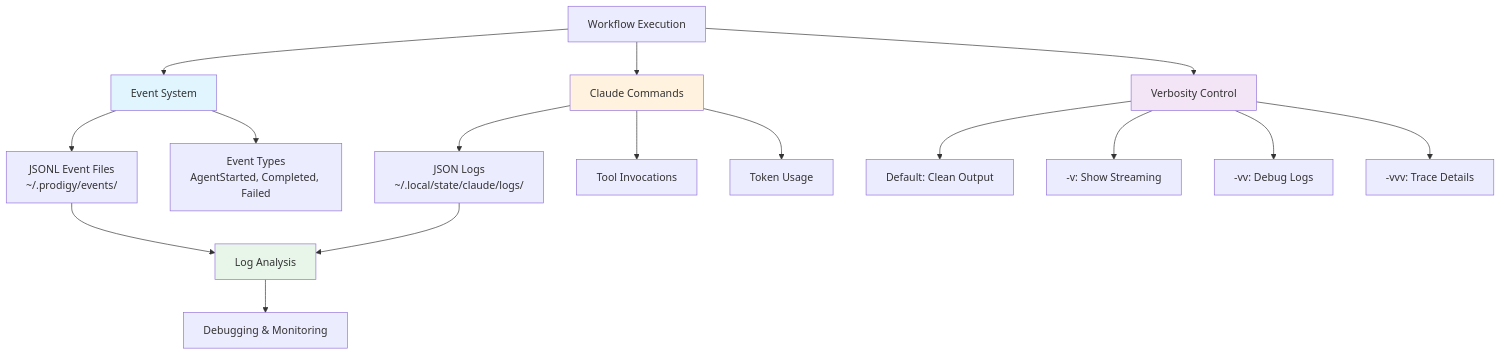
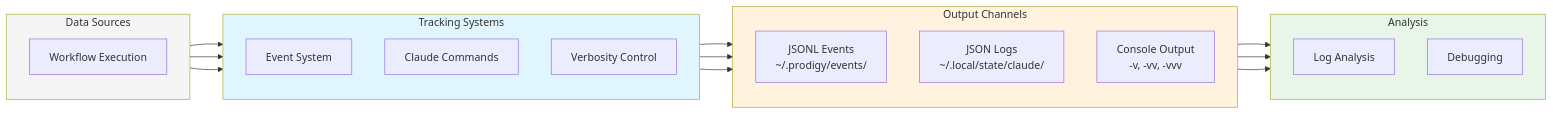
One commit to iepathos/prodigy changed the diagram in docs/advanced/observability/index.md. Above: the diagram before and after it, drawn with Mermaid. The commit also changed other lines of this file, not shown here.

Commit message:
docs: enhance Observability index with improved diagram and storage note
- Improved mermaid diagram layout using graph LR with subgraphs
- Removed HTML br tags, using proper multi-line syntax
- Added 'Log Storage' note admonition with storage locations
- Links to Log Management page for cleanup strategies

Page: docs/advanced/observability/index.md

````diff
--- a/docs/advanced/observability/index.md
+++ b/docs/advanced/observability/index.md
@@ -14,27 +14,47 @@
 ```mermaid
-graph TD
-    Workflow[Workflow Execution] --> Events[Event System]
-    Workflow --> Claude[Claude Commands]
-    Workflow --> Verbosity[Verbosity Control]
+graph LR
+    subgraph Sources["Data Sources"]
+        direction TB
+        Workflow[Workflow Execution]
+    end
 
-    Events --> JSONL[JSONL Event Files<br/>~/.prodigy/events/]
-    Events --> Types[Event Types<br/>AgentStarted, Completed, Failed]
+    subgraph Tracking["Tracking Systems"]
+        direction TB
+        Events[Event System]
+        Claude[Claude Commands]
+        Verbosity[Verbosity Control]
+    end
 
-    Claude --> JSONLog[JSON Logs<br/>~/.local/state/claude/logs/]
-    Claude --> Tools[Tool Invocations]
-    Claude --> Tokens[Token Usage]
+    subgraph Outputs["Output Channels"]
+        direction TB
+        JSONL["JSONL Events
+        ~/.prodigy/events/"]
+        JSONLog["JSON Logs
+        ~/.local/state/claude/"]
+        Console["Console Output
+        -v, -vv, -vvv"]
+    end
 
-    Verbosity --> Clean[Default: Clean Output]
-    Verbosity --> Verbose["-v: Show Streaming"]
-    Verbosity --> Debug["-vv: Debug Logs"]
-    Verbosity --> Trace["-vvv: Trace Details"]
+    subgraph Usage["Analysis"]
+        direction TB
+        Analysis[Log Analysis]
+        Debug[Debugging]
+    end
 
-    JSONL --> Analysis[Log Analysis]
+    Workflow --> Events
+    Workflow --> Claude
+    Workflow --> Verbosity
+
+    Events --> JSONL
+    Claude --> JSONLog
+    Verbosity --> Console
+
+    JSONL --> Analysis
     JSONLog --> Analysis
-    Analysis --> Debugging[Debugging & Monitoring]
+    Console --> Debug
 
-    style Events fill:#e1f5ff
-    style Claude fill:#fff3e0
-    style Verbosity fill:#f3e5f5
-    style Analysis fill:#e8f5e9
+    style Sources fill:#f5f5f5
+    style Tracking fill:#e1f5ff
+    style Outputs fill:#fff3e0
+    style Usage fill:#e8f5e9
 ```
````
